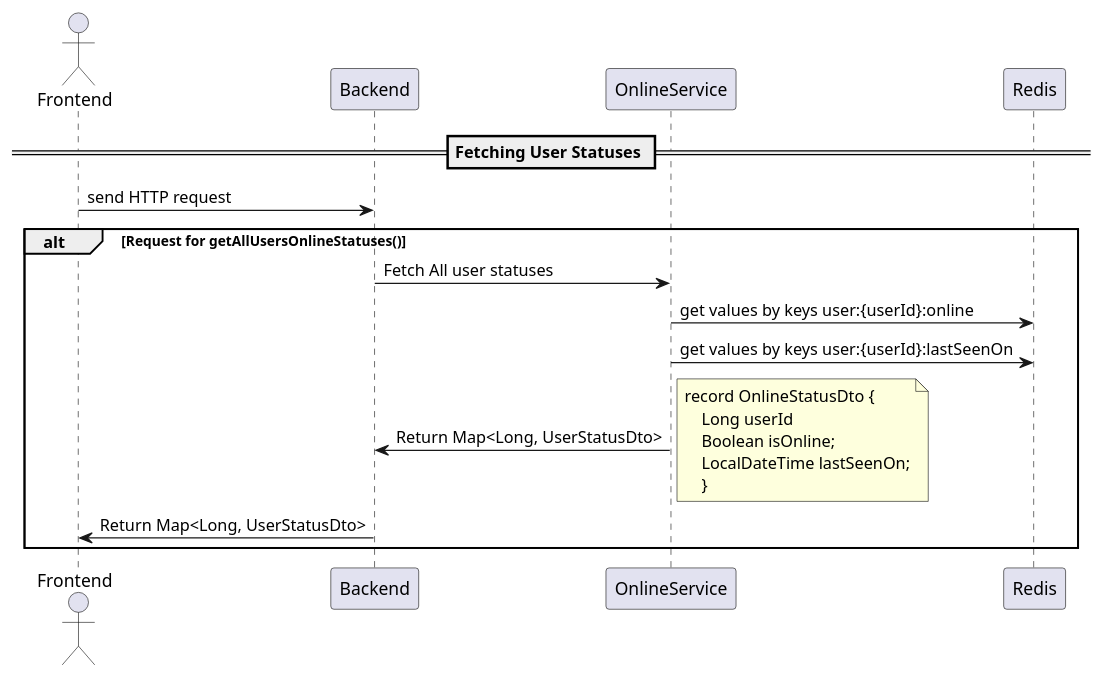
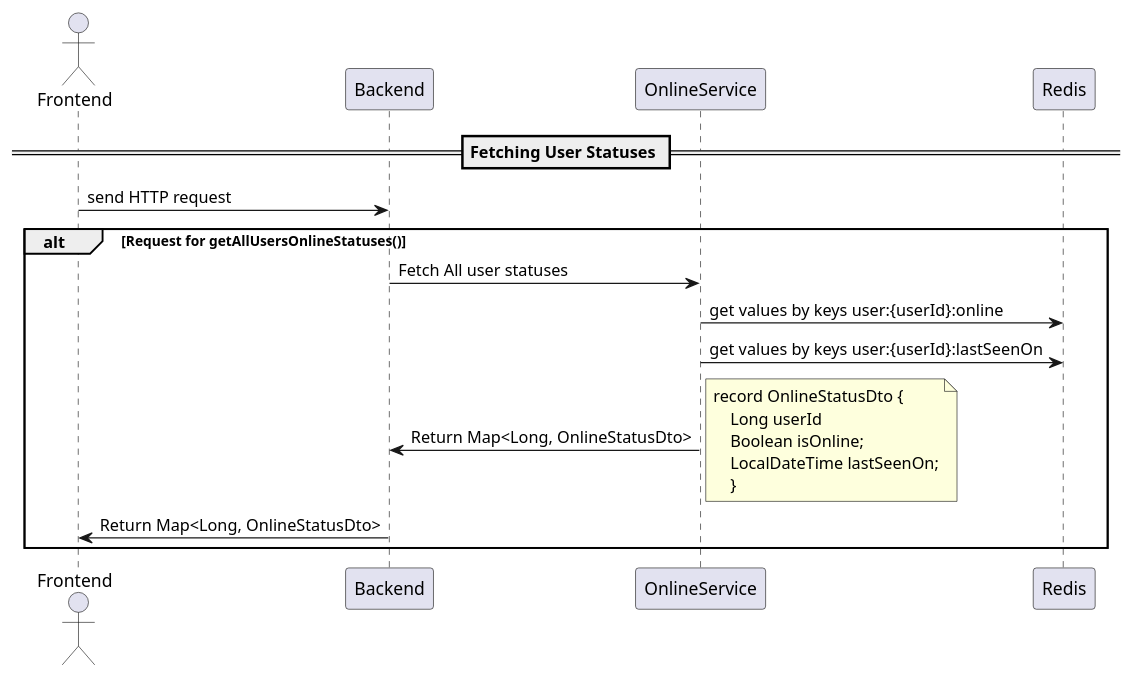
One commit to LiashenkoAndrey/talk-and-travel changed the diagram in docs/userLastSeenFeature/getOnlineStatusesUpd.puml. Above: the diagram before and after it, drawn with PlantUML. The commit also changed 2 other files, not shown here.

```diff
--- a/docs/userLastSeenFeature/getOnlineStatusesUpd.puml
+++ b/docs/userLastSeenFeature/getOnlineStatusesUpd.puml
@@ -1,26 +1,26 @@
 @startuml
 actor Frontend
 participant Backend
 participant OnlineService
 participant Redis
 == Fetching User Statuses ==
 
     Frontend -> Backend : send HTTP request
 
 
 alt Request for getAllUsersOnlineStatuses()
   Backend -> OnlineService : Fetch All user statuses
   OnlineService -> Redis : get values by keys user:{userId}:online
   OnlineService -> Redis : get values by keys user:{userId}:lastSeenOn
-  OnlineService -> Backend : Return Map<Long, UserStatusDto>
+  OnlineService -> Backend : Return Map<Long, OnlineStatusDto>
   note right
   record OnlineStatusDto {
       Long userId
       Boolean isOnline;
       LocalDateTime lastSeenOn;
       }
   end note
-  Backend -> Frontend : Return Map<Long, UserStatusDto>
+  Backend -> Frontend : Return Map<Long, OnlineStatusDto>
 end
 
 @enduml
```
